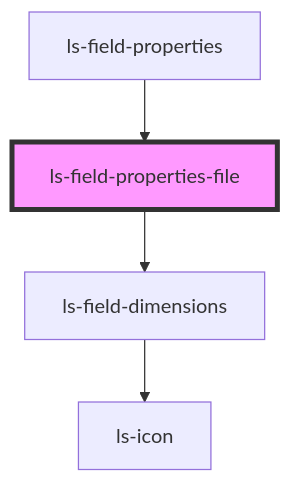
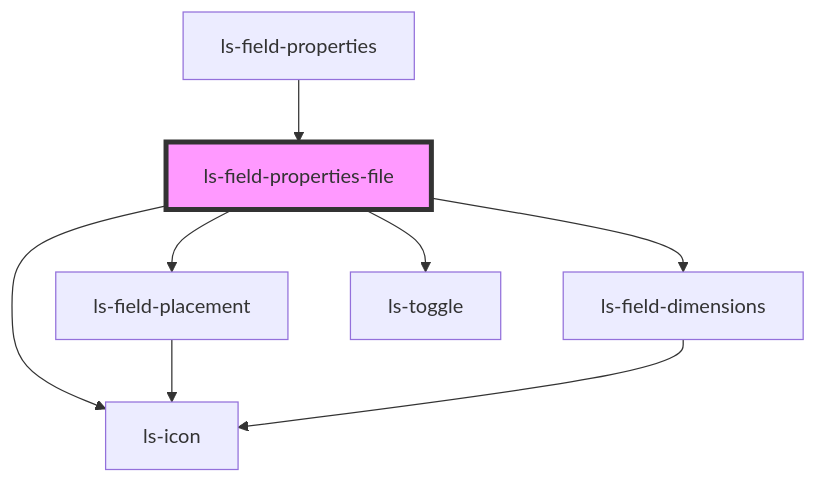
The diagram in src/components/ls-field-properties-file/readme.md (legalesign/ls-document-viewer), drawn with Mermaid before and after one commit. The commit also changed other lines of this file and 10 other files, not shown here.

````diff
--- a/src/components/ls-field-properties-file/readme.md
+++ b/src/components/ls-field-properties-file/readme.md
@@ -26,7 +30,11 @@
 ```mermaid
 graph TD;
+  ls-field-properties-file --> ls-field-placement
   ls-field-properties-file --> ls-field-dimensions
+  ls-field-properties-file --> ls-icon
+  ls-field-properties-file --> ls-toggle
+  ls-field-placement --> ls-icon
   ls-field-dimensions --> ls-icon
   ls-field-properties --> ls-field-properties-file
   style ls-field-properties-file fill:#f9f,stroke:#333,stroke-width:4px
 ```
````
